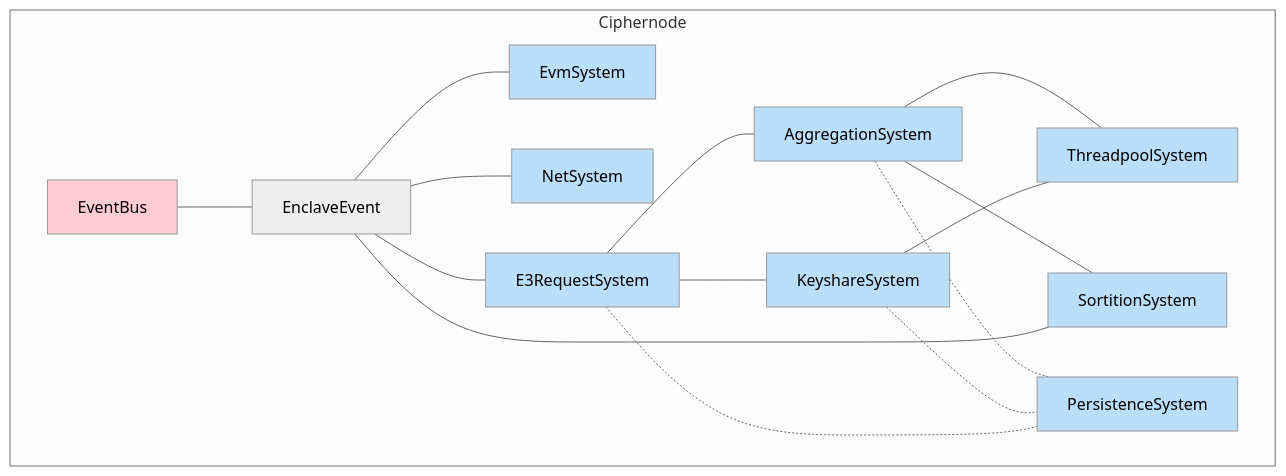
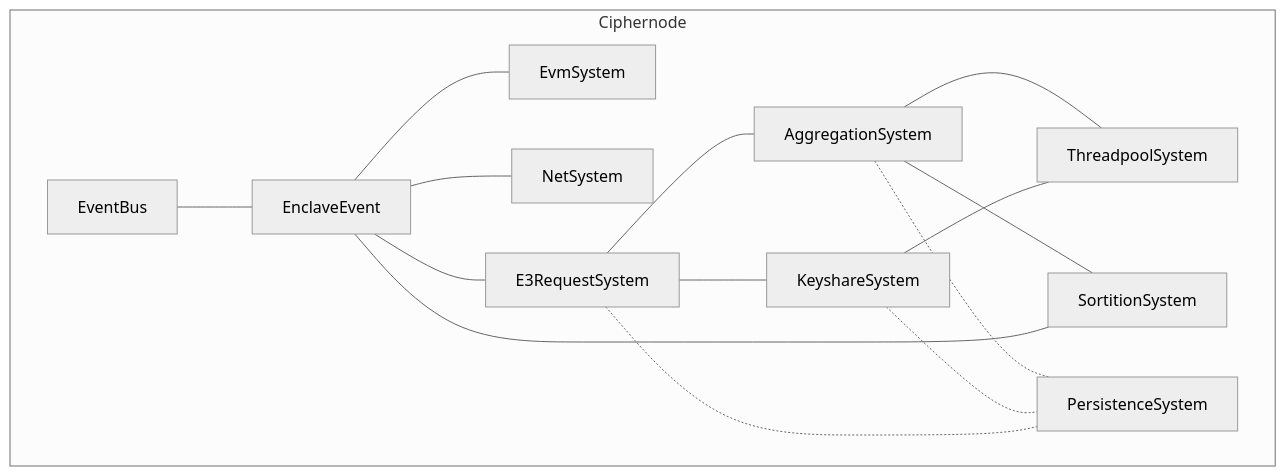
One commit to gnosisguild/enclave changed the diagram in crates/Ciphernode.md. Above: the diagram before and after it, drawn with Mermaid (neutral theme). The commit also changed 7 other files, not shown here.

````diff
--- a/crates/Ciphernode.md
+++ b/crates/Ciphernode.md
@@ -11,61 +11,51 @@
 ```mermaid
 flowchart TB
     subgraph s1["Ciphernode"]
         EVM["EvmSystem"]
         EB["EventBus"]
         EE["EnclaveEvent"]
         NET["NetSystem"]
 		R["E3RequestSystem"]
         KS["KeyshareSystem"]
         COM["ThreadpoolSystem"]
         P["PersistenceSystem"]
         AS["AggregationSystem"]
         SS["SortitionSystem"]
     end
 
 	EB --- EE
 	EE --- EVM
     EE --- NET
     R --- AS
     R --- KS
     EE --- R
     AS --- COM
     KS --- COM
     AS --- SS
     EE --- SS
     AS -.- P
     KS -.- P
     R -.- P
 
     EVM:::internal-link
     EE:::internal-link
     EB:::internal-link
     NET:::internal-link
     COM:::internal-link
     R:::internal-link
     AS:::internal-link
     KS:::internal-link
     SS:::internal-link
     P:::internal-link
 
-    style EVM fill:#BBDEFB
-    style EB fill:#FFCDD2
-    style NET fill:#BBDEFB
-    style R fill:#BBDEFB
-	style KS fill:#BBDEFB
-    style COM fill:#BBDEFB
-    style AS fill:#BBDEFB
-    style SS fill:#BBDEFB
-	style P fill:#BBDEFB
-
     click EVM "http://github.com/gnosisguild/enclave/tree/main/crates/evm/EvmSystem.md"
     click EE "http://github.com/gnosisguild/enclave/tree/main/crates/events/docs/EnclaveEvent.md"
     click EB "http://github.com/gnosisguild/enclave/tree/main/crates/events/docs/EventBus.md"
     click NET "http://github.com/gnosisguild/enclave/tree/main/crates/net/NetSystem.md"
     click COM "http://github.com/gnosisguild/enclave/tree/main/crates/threadpool/ThreadpoolSystem.md"
     click R "http://github.com/gnosisguild/enclave/tree/main/crates/request/E3RequestSystem.md"
     click AS "http://github.com/gnosisguild/enclave/tree/main/crates/aggregator/AggregationSystem.md"
     click KS "http://github.com/gnosisguild/enclave/tree/main/crates/keyshare/KeyshareSystem.md"
     click SS "http://github.com/gnosisguild/enclave/tree/main/crates/sortition/SortitionSystem.md"
     click P "http://github.com/gnosisguild/enclave/tree/main/crates/data/PersistenceSystem.md"
 ```
````
